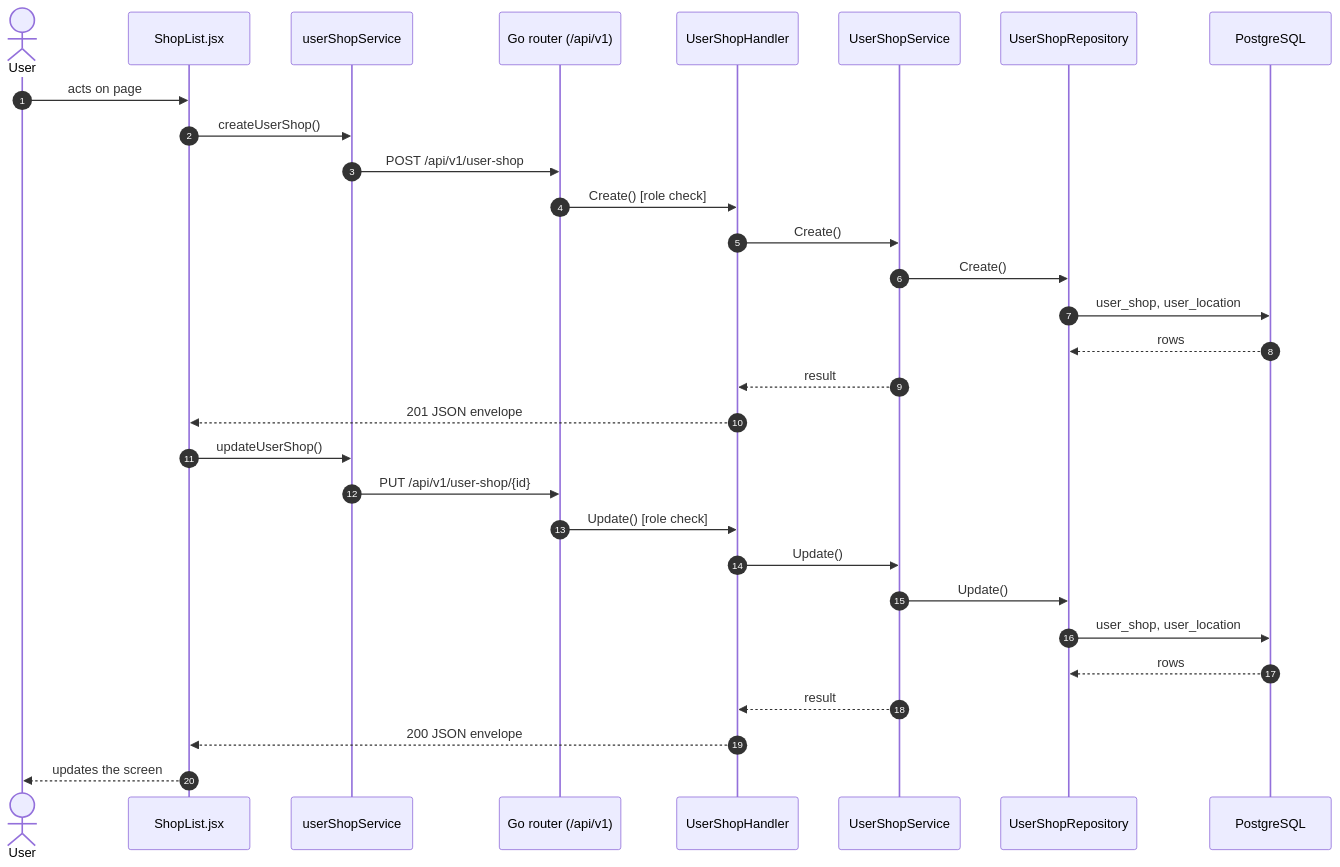
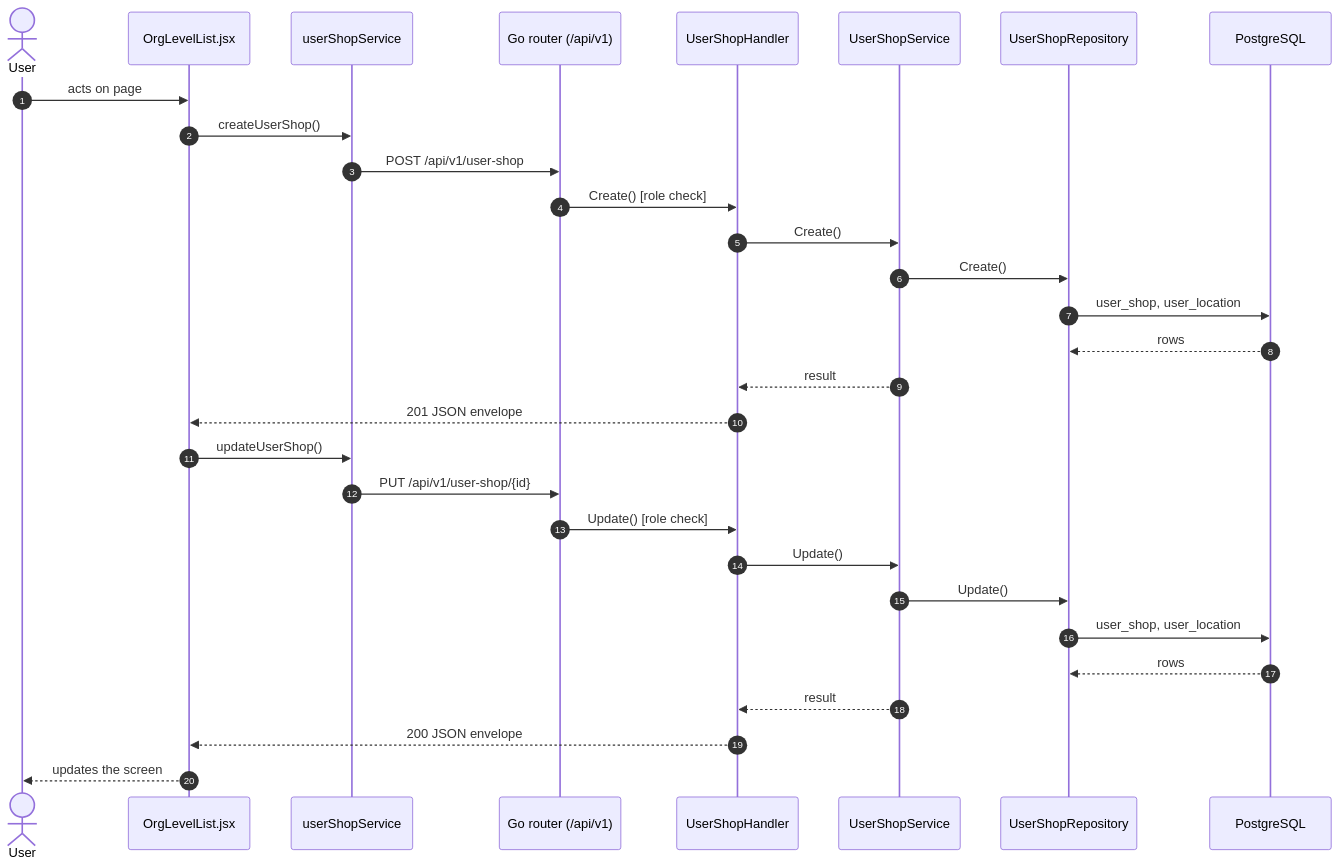
One commit to hirenenliven/7th-sense-client changed the third of 3 diagrams in docs/pages/org-shops.md. Above: the diagram before and after it, drawn with Mermaid. The commit also changed other lines of this file and 143 other files, not shown here.

First line of the commit message:
feat: live machine data over Socket.IO, shared org-level screens, and user machine filters

````diff
--- a/docs/pages/org-shops.md
+++ b/docs/pages/org-shops.md
@@ -110,32 +110,32 @@
 ```mermaid
 sequenceDiagram
   autonumber
   actor User
-  participant Page as ShopList.jsx
+  participant Page as OrgLevelList.jsx
   participant userShopService
   participant API as Go router (/api/v1)
   participant UserShopHandler
   participant UserShopService
   participant UserShopRepository
   participant DB as PostgreSQL
   User->>Page: acts on page
   Page->>userShopService: createUserShop()
   userShopService->>API: POST /api/v1/user-shop
   API->>UserShopHandler: Create() [role check]
   UserShopHandler->>UserShopService: Create()
   UserShopService->>UserShopRepository: Create()
   UserShopRepository->>DB: user_shop, user_location
   DB-->>UserShopRepository: rows
   UserShopService-->>UserShopHandler: result
   UserShopHandler-->>Page: 201 JSON envelope
   Page->>userShopService: updateUserShop()
   userShopService->>API: PUT /api/v1/user-shop/{id}
   API->>UserShopHandler: Update() [role check]
   UserShopHandler->>UserShopService: Update()
   UserShopService->>UserShopRepository: Update()
   UserShopRepository->>DB: user_shop, user_location
   DB-->>UserShopRepository: rows
   UserShopService-->>UserShopHandler: result
   UserShopHandler-->>Page: 200 JSON envelope
   Page-->>User: updates the screen
 ```
````
